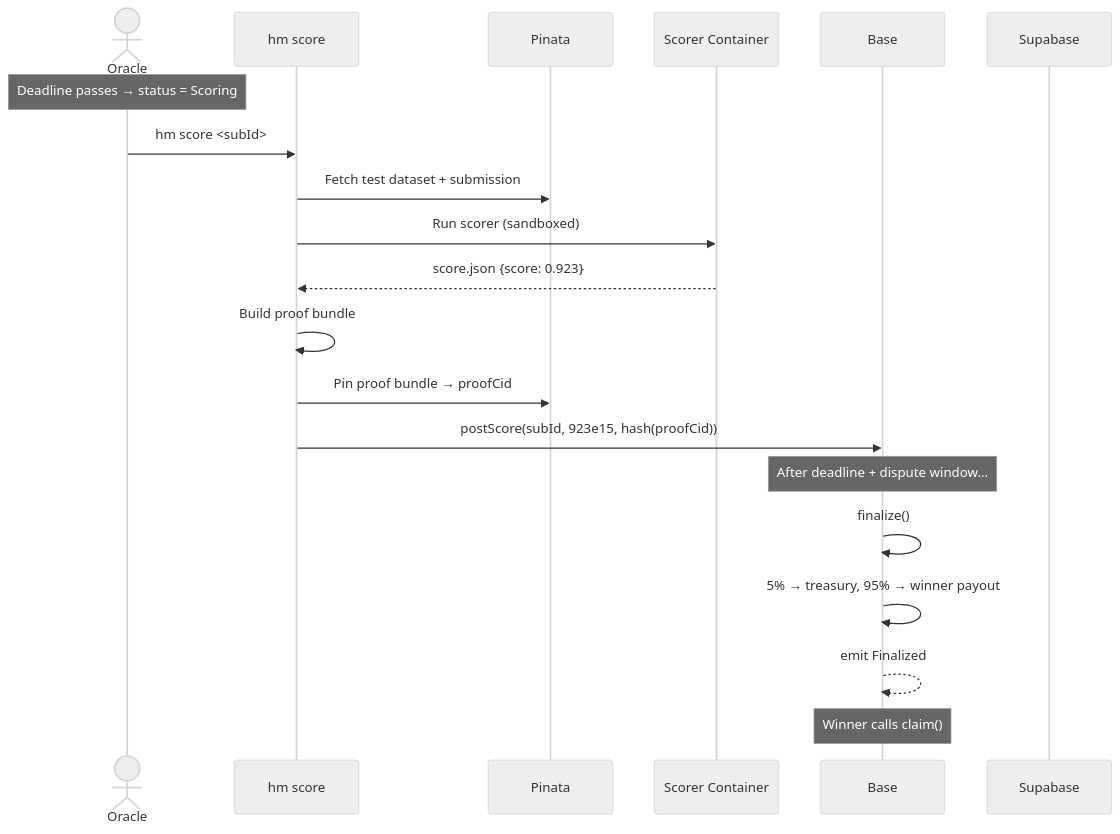
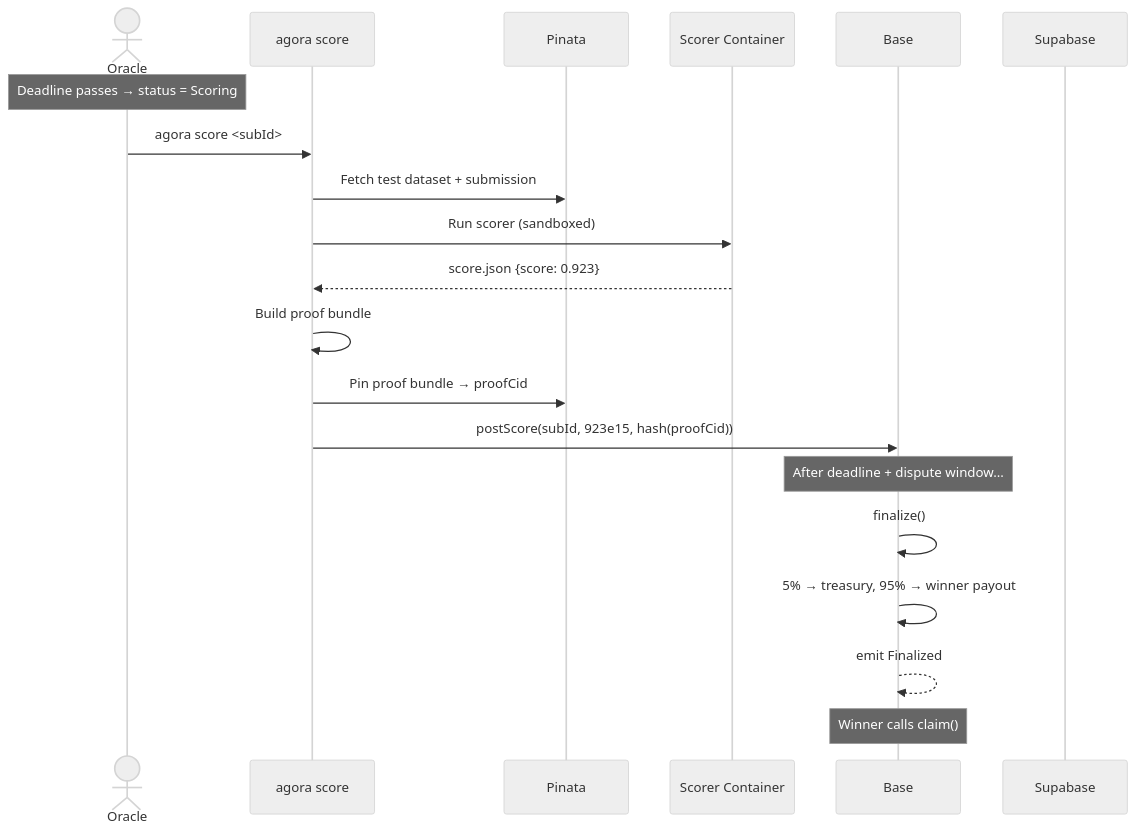
One commit to andymolecule/Agora changed the eighth of 15 diagrams in docs/architecture.md. Above: the diagram before and after it, drawn with Mermaid (neutral theme). The commit also changed other lines of this file and 205 other files, not shown here.

````diff
--- a/docs/architecture.md
+++ b/docs/architecture.md
@@ -282,27 +282,27 @@
 ```mermaid
 sequenceDiagram
     actor Oracle
-    participant CLI as hm score
+    participant CLI as agora score
     participant IPFS as Pinata
     participant Docker as Scorer Container
     participant Chain as Base
     participant DB as Supabase
 
     Note over Oracle: Deadline passes → status = Scoring
 
-    Oracle->>CLI: hm score <subId>
+    Oracle->>CLI: agora score <subId>
     CLI->>IPFS: Fetch test dataset + submission
     CLI->>Docker: Run scorer (sandboxed)
     Docker-->>CLI: score.json {score: 0.923}
     CLI->>CLI: Build proof bundle
     CLI->>IPFS: Pin proof bundle → proofCid
     CLI->>Chain: postScore(subId, 923e15, hash(proofCid))
 
     Note over Chain: After deadline + dispute window...
 
     Chain->>Chain: finalize()
     Chain->>Chain: 5% → treasury, 95% → winner payout
     Chain-->>Chain: emit Finalized
 
     Note over Chain: Winner calls claim()
 ```
````
